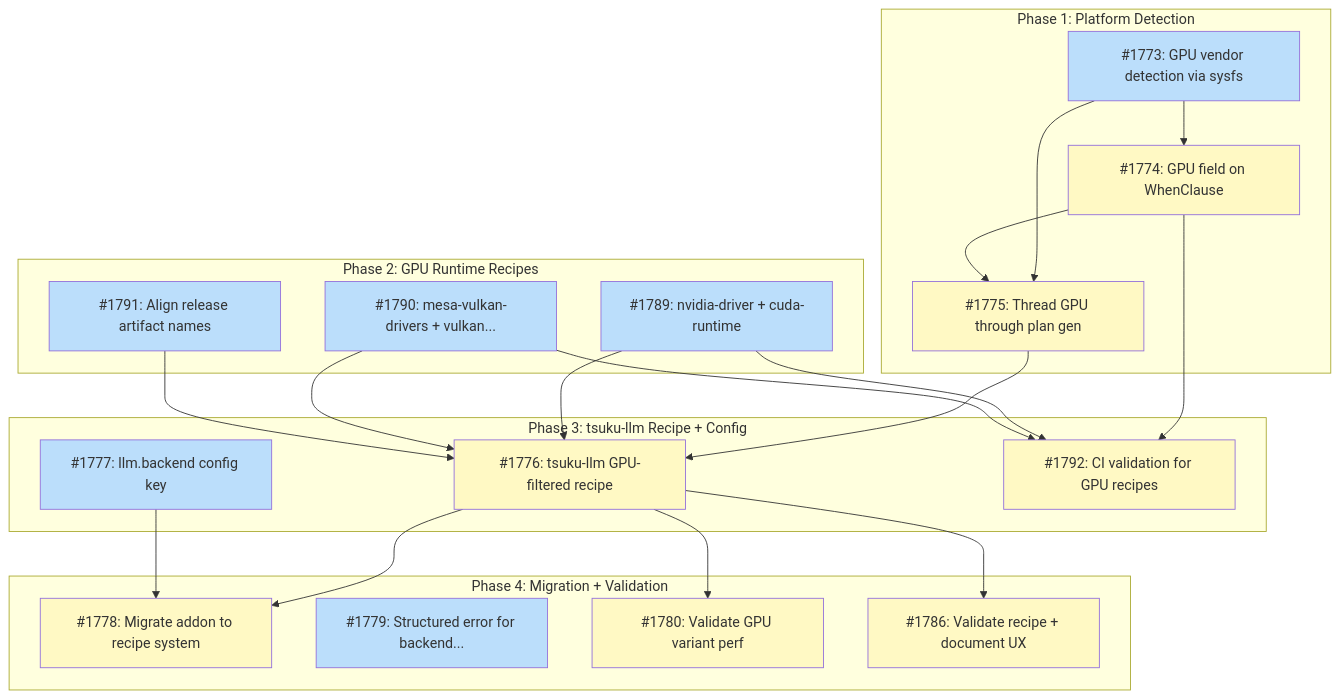
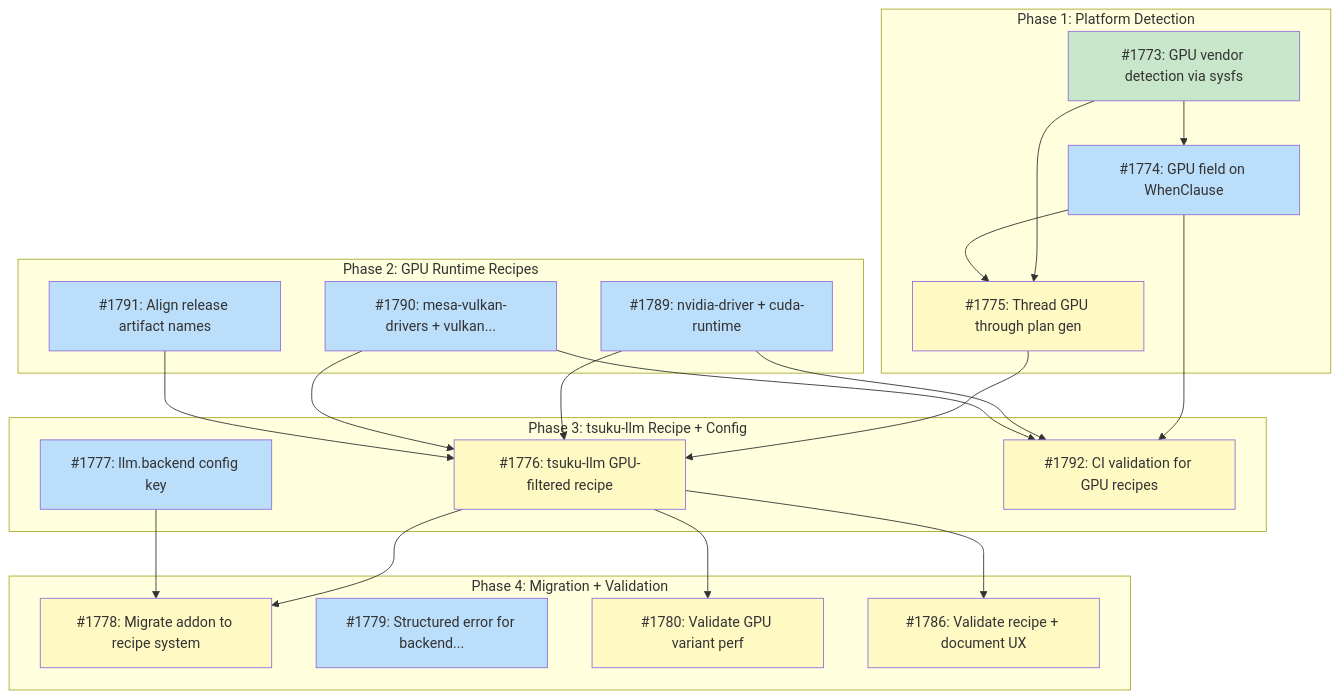
One commit to tsukumogami/tsuku changed the diagram in docs/designs/DESIGN-gpu-backend-selection.md. Above: the diagram before and after it, drawn with Mermaid. The commit also changed other lines of this file and 6 other files, not shown here.

````diff
--- a/docs/designs/DESIGN-gpu-backend-selection.md
+++ b/docs/designs/DESIGN-gpu-backend-selection.md
@@ -72,51 +72,52 @@
 ```mermaid
 graph TD
     subgraph Phase1["Phase 1: Platform Detection"]
         I1773["#1773: GPU vendor detection via sysfs"]
         I1774["#1774: GPU field on WhenClause"]
         I1775["#1775: Thread GPU through plan gen"]
     end
 
     subgraph Phase2["Phase 2: GPU Runtime Recipes"]
         I1789["#1789: nvidia-driver + cuda-runtime"]
         I1790["#1790: mesa-vulkan-drivers + vulkan..."]
         I1791["#1791: Align release artifact names"]
     end
 
     subgraph Phase3["Phase 3: tsuku-llm Recipe + Config"]
         I1776["#1776: tsuku-llm GPU-filtered recipe"]
         I1777["#1777: llm.backend config key"]
         I1792["#1792: CI validation for GPU recipes"]
     end
 
     subgraph Phase4["Phase 4: Migration + Validation"]
         I1778["#1778: Migrate addon to recipe system"]
         I1779["#1779: Structured error for backend..."]
         I1780["#1780: Validate GPU variant perf"]
         I1786["#1786: Validate recipe + document UX"]
     end
 
     I1773 --> I1774
     I1773 --> I1775
     I1774 --> I1775
     I1774 --> I1792
     I1789 --> I1792
     I1790 --> I1792
     I1775 --> I1776
     I1789 --> I1776
     I1790 --> I1776
     I1791 --> I1776
     I1776 --> I1778
     I1777 --> I1778
     I1776 --> I1780
     I1776 --> I1786
 
     classDef done fill:#c8e6c9
     classDef ready fill:#bbdefb
     classDef blocked fill:#fff9c4
     classDef needsDesign fill:#e1bee7
     classDef tracksDesign fill:#FFE0B2,stroke:#F57C00,color:#000
 
-    class I1773,I1777,I1779,I1789,I1790,I1791 ready
-    class I1774,I1775,I1776,I1778,I1780,I1786,I1792 blocked
+    class I1773 done
+    class I1774,I1777,I1779,I1789,I1790,I1791 ready
+    class I1775,I1776,I1778,I1780,I1786,I1792 blocked
 ```
````
